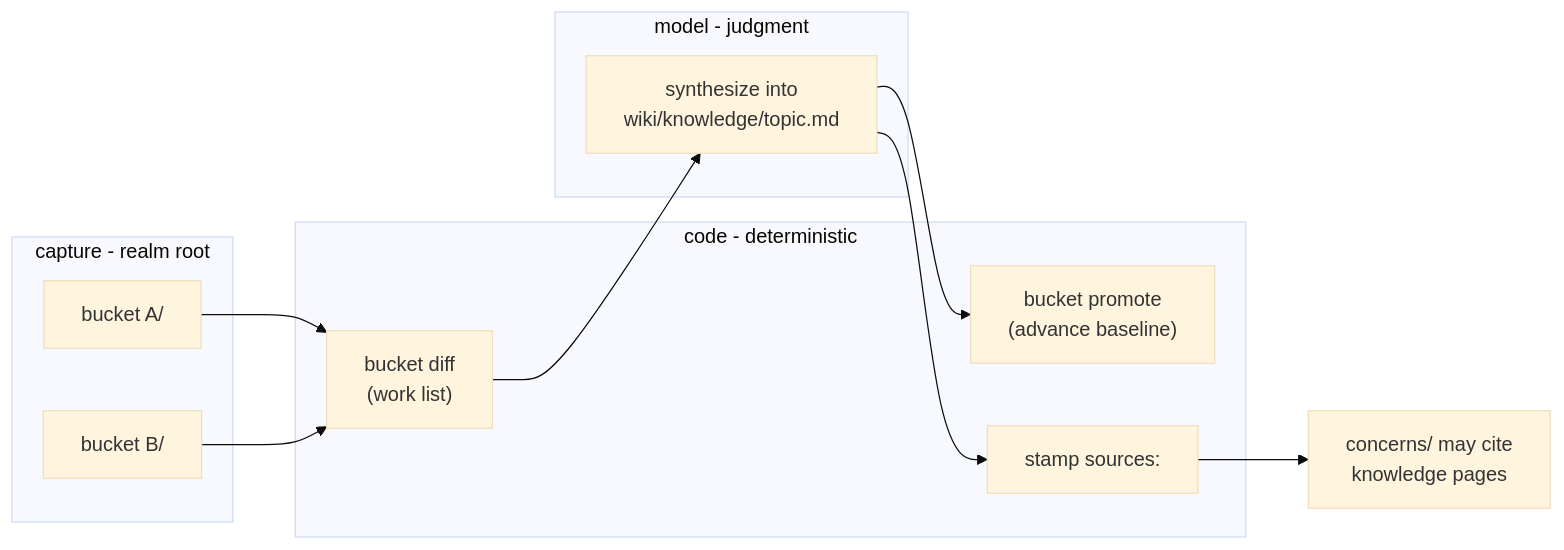
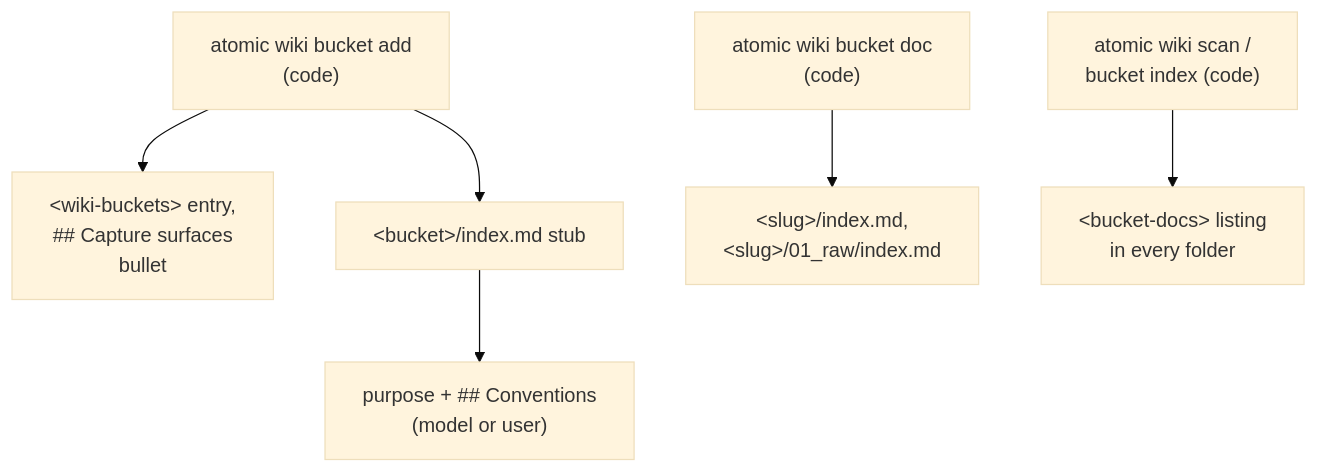
The diagram in docs/design/wiki-buckets.md (damusix/atomic-claude), drawn with Mermaid (base theme) before and after one commit. The commit also changed other lines of this file and 11 other files, not shown here.

````diff
--- a/docs/design/wiki-buckets.md
+++ b/docs/design/wiki-buckets.md
@@ -9,21 +11,8 @@
 ```mermaid
-flowchart LR
-    subgraph capture [capture - realm root]
-        B1["bucket A/"]
-        B2["bucket B/"]
-    end
-    subgraph code [code - deterministic]
-        D["bucket diff<br/>(work list)"]
-        P["bucket promote<br/>(advance baseline)"]
-        S["stamp sources:"]
-    end
-    subgraph model [model - judgment]
-        SY["synthesize into<br/>wiki/knowledge/topic.md"]
-    end
-    B1 --> D
-    B2 --> D
-    D --> SY
-    SY --> P
-    SY --> S
-    S --> C["concerns/ may cite<br/>knowledge pages"]
+flowchart TD
+    ADD["atomic wiki bucket add<br/>(code)"] --> REG["&lt;wiki-buckets&gt; entry,<br/>## Capture surfaces<br/>bullet"]
+    ADD --> STUB["&lt;bucket&gt;/index.md stub"]
+    STUB --> FILL["purpose + ## Conventions<br/>(model or user)"]
+    DOC["atomic wiki bucket doc<br/>(code)"] --> ITEM["&lt;slug&gt;/index.md,<br/>&lt;slug&gt;/01_raw/index.md"]
+    SCAN["atomic wiki scan /<br/>bucket index (code)"] --> IDX["&lt;bucket-docs&gt; listing<br/>in every folder"]
 ```
````
